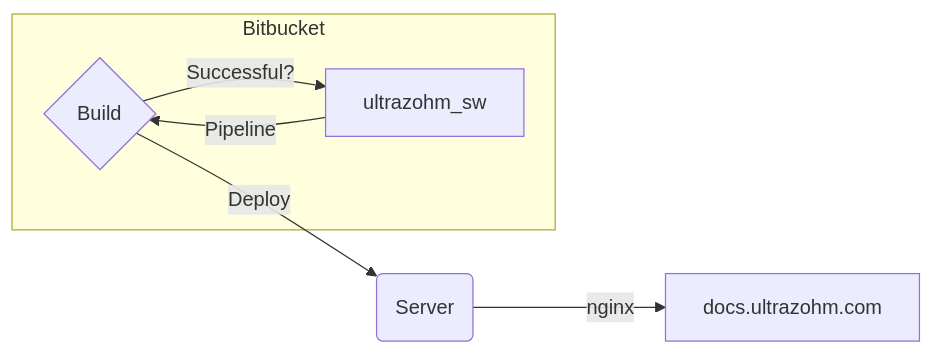
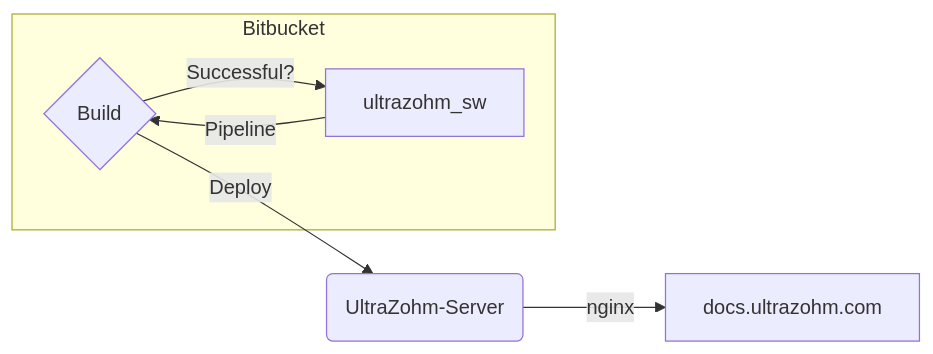
One commit to ultrazohm/ultrazohm_sw changed the first of 2 diagrams in docs/source/general/ci_pipeline.rst. Above: the diagram before and after it, drawn with Mermaid. The commit also changed other lines of this file, not shown here.

```diff
--- a/docs/source/general/ci_pipeline.rst
+++ b/docs/source/general/ci_pipeline.rst
@@ -19,11 +20,11 @@
 .. mermaid::
   :caption: Setup of the bitbucket build pipeline.
   :align: center
 
   graph LR
     subgraph Bitbucket
     C -->|Successful?| B
     B[ultrazohm_sw] -->|Pipeline| C{Build}
     end
-    C -->|Deploy| D(Server)
+    C -->|Deploy| D(UltraZohm-Server)
     D -->|nginx| E[docs.ultrazohm.com]
```
